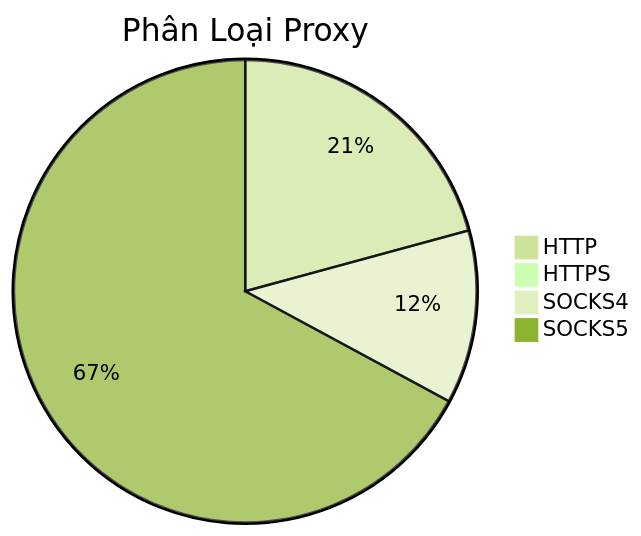
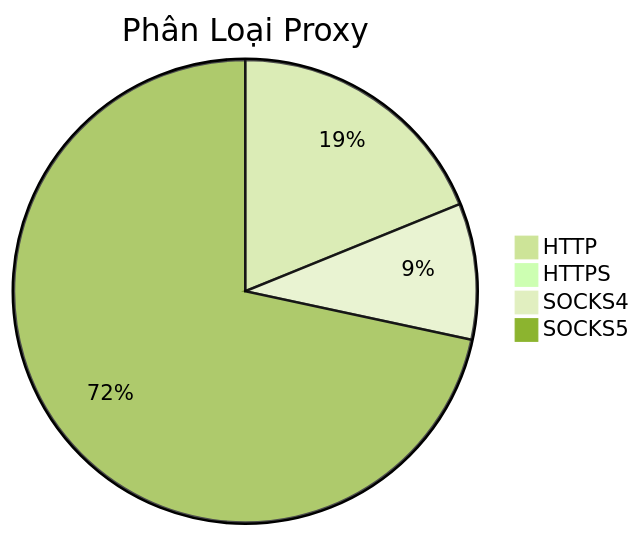
The diagram in README.md (Ciara-Aa/PROXY-free), drawn with Mermaid (forest theme) before and after one commit. The commit also changed other lines of this file and 4 other files, not shown here.

````diff
--- a/README.md
+++ b/README.md
@@ -26,7 +26,7 @@
 ```mermaid
 pie title Phân Loại Proxy
-    "HTTP" : 372
-    "HTTPS" : 2
-    "SOCKS4" : 217
-    "SOCKS5" : 1202
+    "HTTP" : 393
+    "HTTPS" : 1
+    "SOCKS4" : 198
+    "SOCKS5" : 1493
 ```
````
